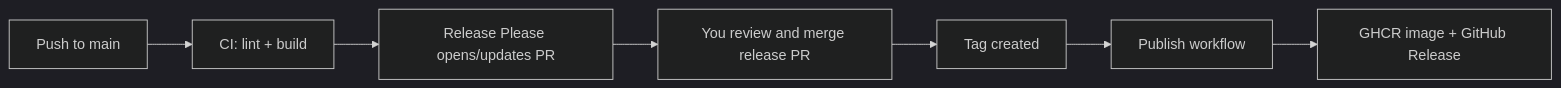
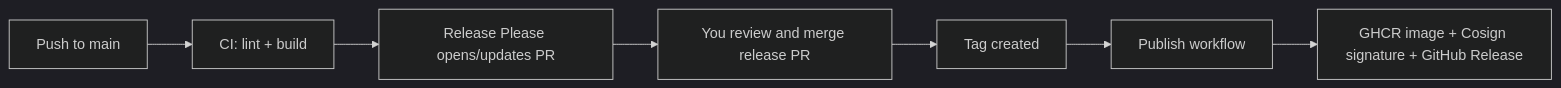
The diagram in README.md (syscode-labs/talos-ext-firecracker), drawn with Mermaid (dark theme) before and after one commit. The commit also changed other lines of this file and 1 other file, not shown here.

Commit message:
ci: sign extension image with cosign

````diff
--- a/README.md
+++ b/README.md
@@ -28,9 +29,9 @@
 ```mermaid
 flowchart LR
   A[Push to main] --> B[CI: lint + build]
   B --> C[Release Please opens/updates PR]
   C --> D[You review and merge release PR]
   D --> E[Tag created]
   E --> F[Publish workflow]
-  F --> G[GHCR image + GitHub Release]
+  F --> G[GHCR image + Cosign signature + GitHub Release]
 ```
````
